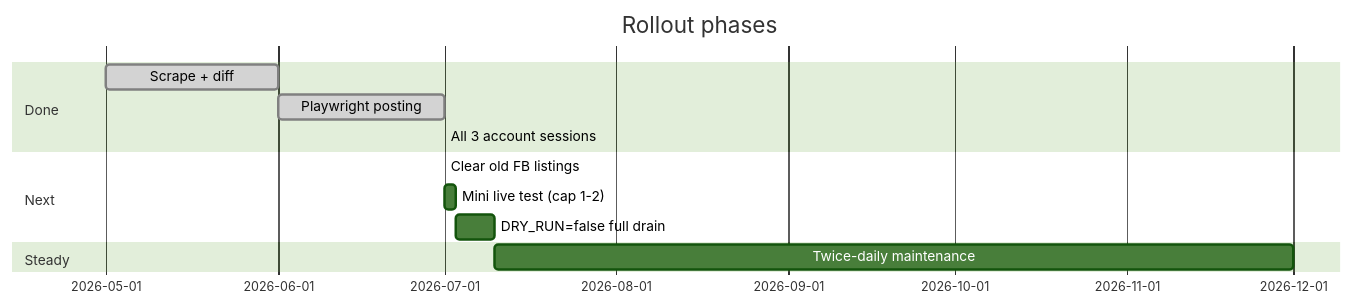
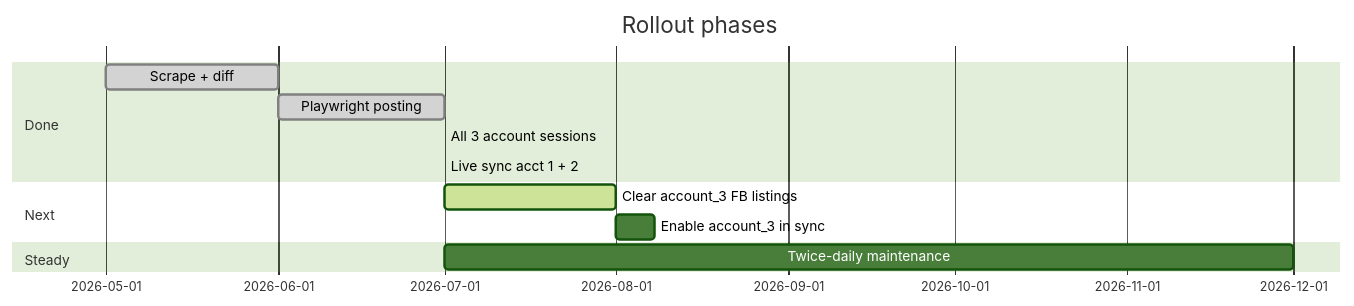
One commit to mg22mex/auto-upload changed the second of 2 diagrams in README.md. Above: the diagram before and after it, drawn with Mermaid (forest theme). The commit also changed other lines of this file and 2 other files, not shown here.

First line of the commit message:
Update docs for live sync on account_1 and account_2.

````diff
--- a/README.md
+++ b/README.md
@@ -85,15 +88,15 @@
 ```mermaid
 gantt
     title Rollout phases
     dateFormat YYYY-MM
     section Done
         Scrape + diff           :done, p0, 2026-05, 2026-06
         Playwright posting      :done, p2, 2026-06, 2026-07
         All 3 account sessions  :done, p2b, 2026-07, 2026-07
+        Live sync acct 1 + 2    :done, p2e, 2026-07, 2026-07
     section Next
-        Clear old FB listings   :active, p2c, 2026-07, 2026-07
-        Mini live test (cap 1-2):p2d, after p2c, 2d
-        DRY_RUN=false full drain:p2e, after p2d, 7d
+        Clear account_3 FB listings :active, p2c, 2026-07, 2026-08
+        Enable account_3 in sync  :p2f, after p2c, 7d
     section Steady
-        Twice-daily maintenance :p3, after p2e, 2026-12
+        Twice-daily maintenance :p3, 2026-07, 2026-12
 ```
````
